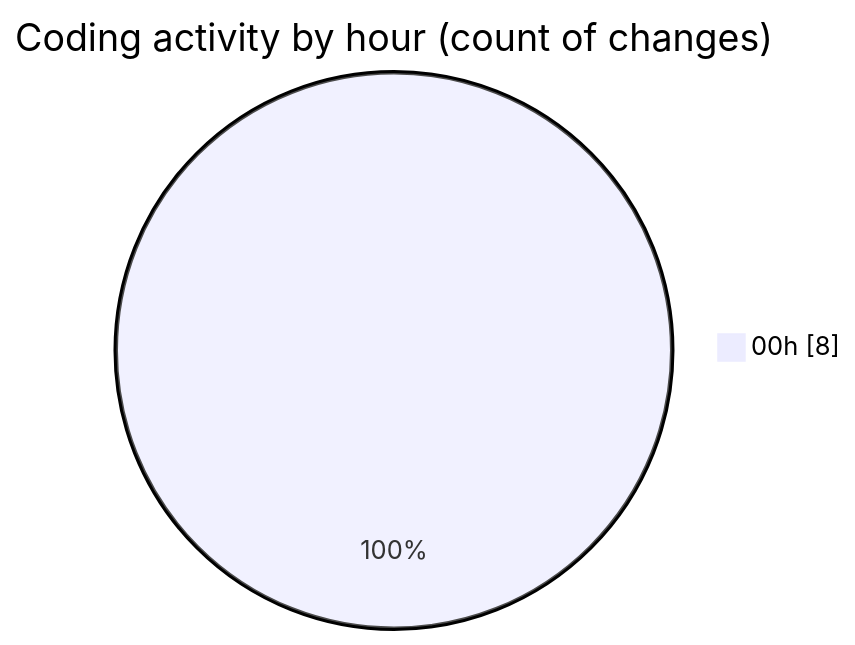
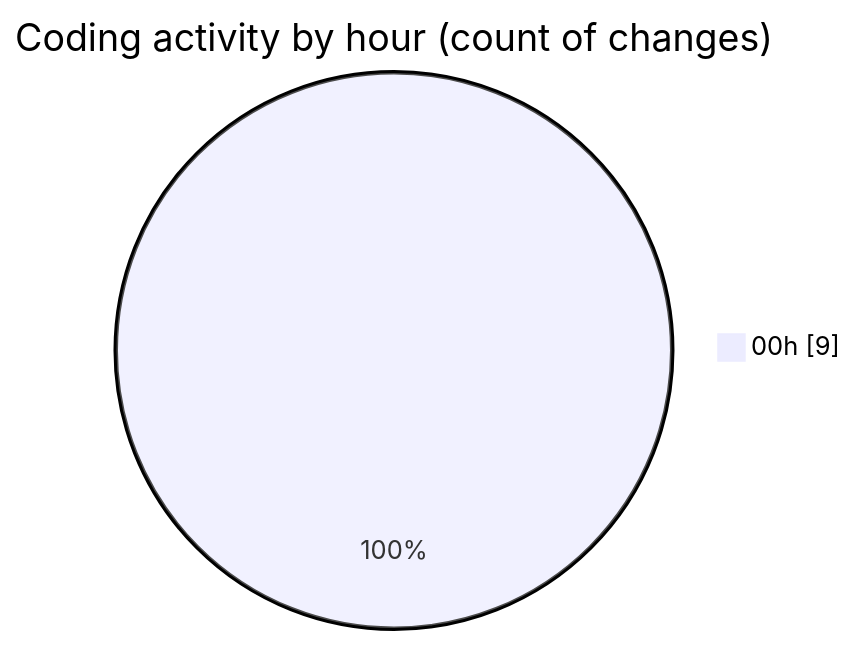
One commit to idhammustaqopulfikri/code-tracking changed the second of 2 diagrams in 2025-06-23/studio-backend/README.md. Above: the diagram before and after it, drawn with Mermaid. The commit also changed other lines of this file and 1 other file, not shown here.

````diff
--- a/2025-06-23/studio-backend/README.md
+++ b/2025-06-23/studio-backend/README.md
@@ -28,5 +28,5 @@
 ```mermaid
 pie showData
 title Coding activity by hour (count of changes)
-"00h" : 8
+"00h" : 9
 ```
````
